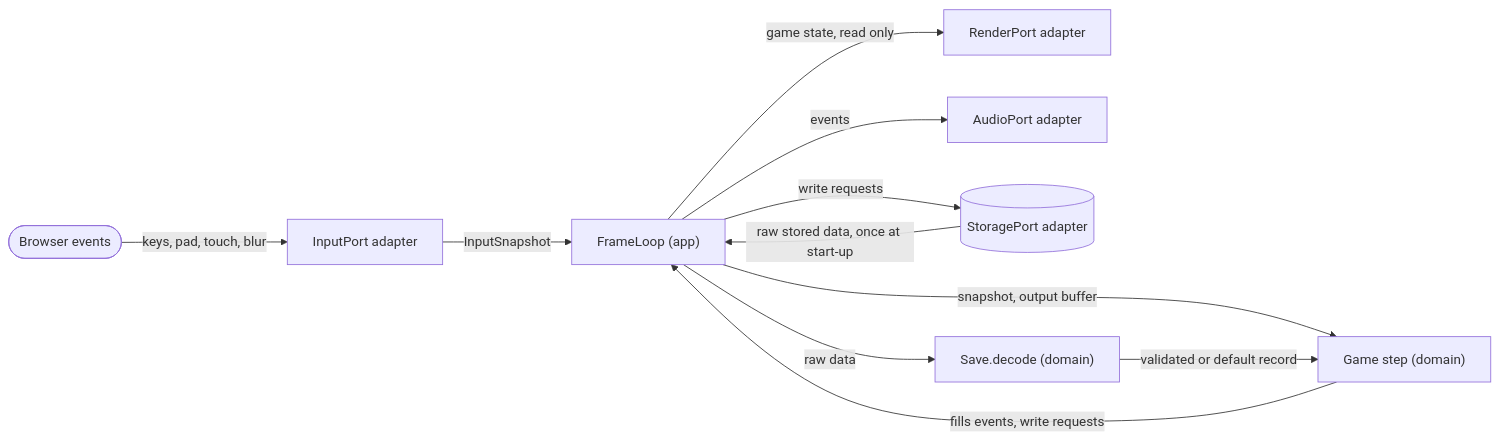
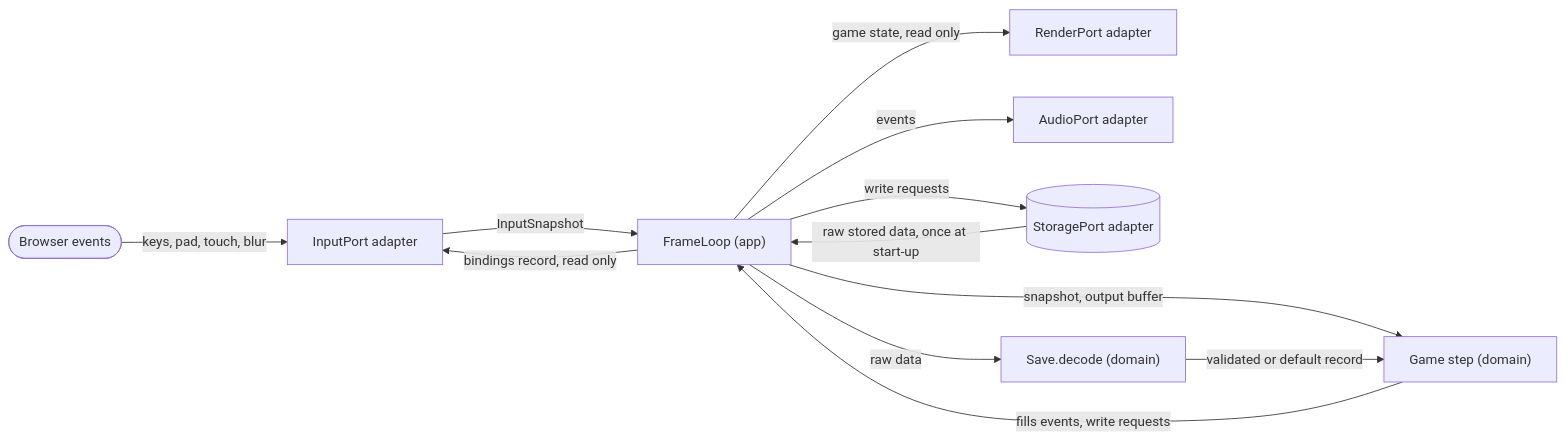
The diagram in docs/architecture/diagrams/meta/16-data-flow-tick.md (benoit-bremaud/retro-plumber), drawn with Mermaid before and after one commit. The commit also changed other lines of this file, not shown here.

Commit message:
docs(uml): bindings reach the input adapter in the tick flow (#8)

````diff
--- a/docs/architecture/diagrams/meta/16-data-flow-tick.md
+++ b/docs/architecture/diagrams/meta/16-data-flow-tick.md
@@ -13,20 +13,21 @@
 ```mermaid
 flowchart LR
     B(["Browser events"])
     In["InputPort adapter"]
     FL["FrameLoop (app)"]
     G["Game step (domain)"]
     R["RenderPort adapter"]
     A["AudioPort adapter"]
     S[("StoragePort adapter")]
     B -->|"keys, pad, touch, blur"| In
     In -->|"InputSnapshot"| FL
+    FL -->|"bindings record, read only"| In
     FL -->|"snapshot, output buffer"| G
     G -->|"fills events, write requests"| FL
     FL -->|"game state, read only"| R
     FL -->|"events"| A
     FL -->|"write requests"| S
     S -->|"raw stored data, once at start-up"| FL
     FL -->|"raw data"| D["Save.decode (domain)"]
     D -->|"validated or default record"| G
 ```
````
